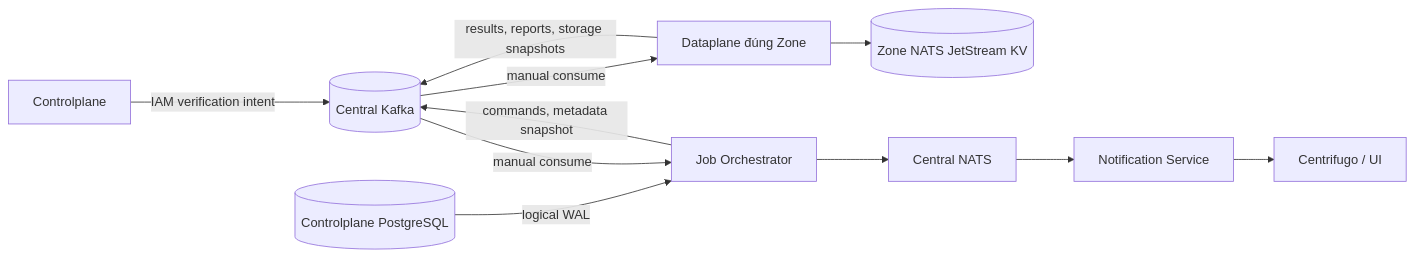
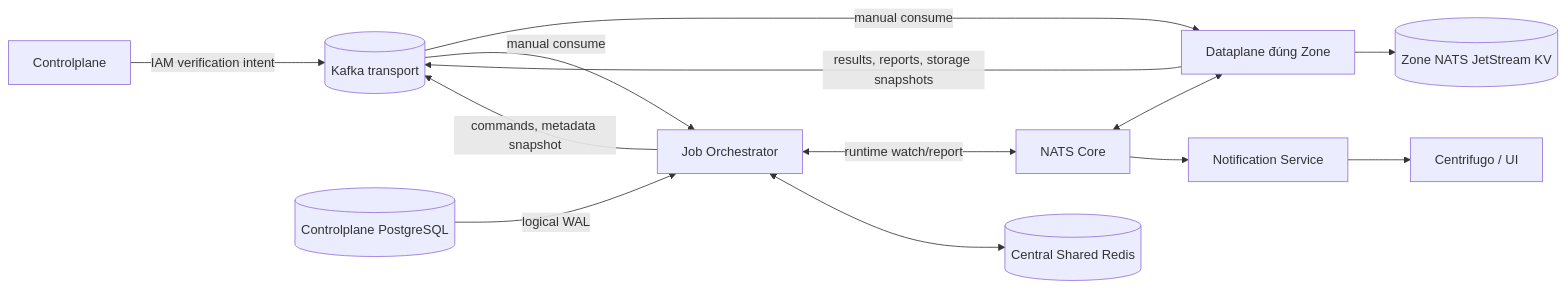
The first of 4 diagrams in god_view/platform/kafka_platform_transport_god_view.md (phucle996/aurora), drawn with Mermaid before and after one commit. The commit also changed other lines of this file and 137 other files, not shown here.

Commit message:
refactor: migrate infrastructure communication from NATS to Redis across controlplane, dataplane, notification-service, cost-manager, and acr modules

````diff
--- a/god_view/platform/kafka_platform_transport_god_view.md
+++ b/god_view/platform/kafka_platform_transport_god_view.md
@@ -24,13 +24,15 @@
 ```mermaid
 flowchart LR
-    CP[Controlplane] -->|IAM verification intent| K[(Central Kafka)]
+    CP[Controlplane] -->|IAM verification intent| K[(Kafka transport)]
     PG[(Controlplane PostgreSQL)] -->|logical WAL| JO[Job Orchestrator]
     JO -->|commands, metadata snapshot| K
     K -->|manual consume| DP[Dataplane đúng Zone]
     DP -->|results, reports, storage snapshots| K
     K -->|manual consume| JO
     DP --> ZKV[(Zone NATS JetStream KV)]
-    JO --> CN[Central NATS]
+    JO <-->|runtime watch/report| CN[NATS Core]
+    CN <--> DP
+    JO <--> R[(Central Shared Redis)]
     CN --> NS[Notification Service]
     NS --> UI[Centrifugo / UI]
 ```
````
